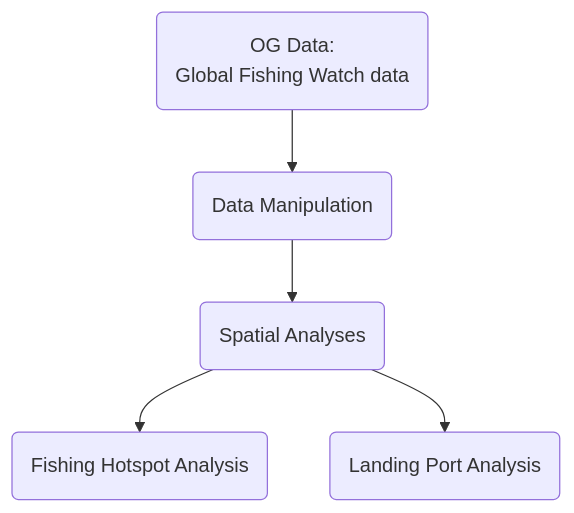
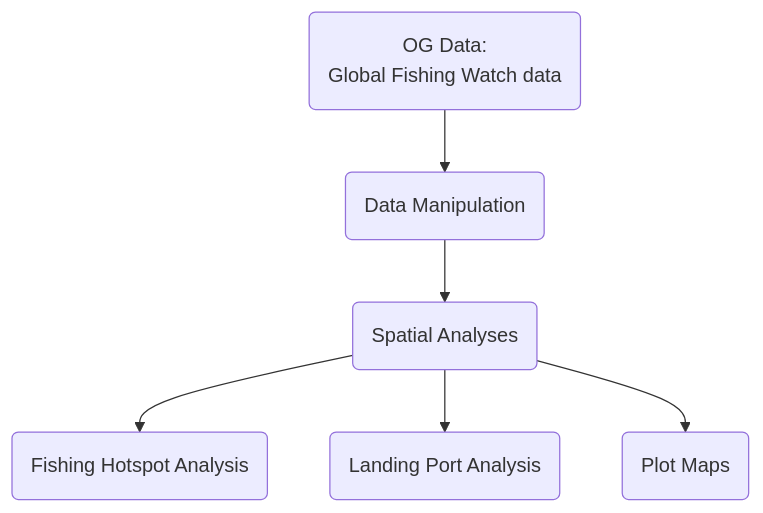
One commit to cake-oh/supply-chain changed the diagram in mermaid_trial.md. Above: the diagram before and after it, drawn with Mermaid.

````diff
--- a/mermaid_trial.md
+++ b/mermaid_trial.md
@@ -4,11 +4,12 @@
 ``` mermaid
-graph TD
+flowchart TD
 
 id1(OG Data: \nGlobal Fishing Watch data) --> id2(Data Manipulation)
 id2(Data Manipulation) --> id3(Spatial Analyses)
 id3(Spatial Analyses) --> id4(Fishing Hotspot Analysis)
 id3(Spatial Analyses) --> id5(Landing Port Analysis)
+id3(Spatial Analyses) --> id6(Plot Maps)
 
 
 
 ```
````
